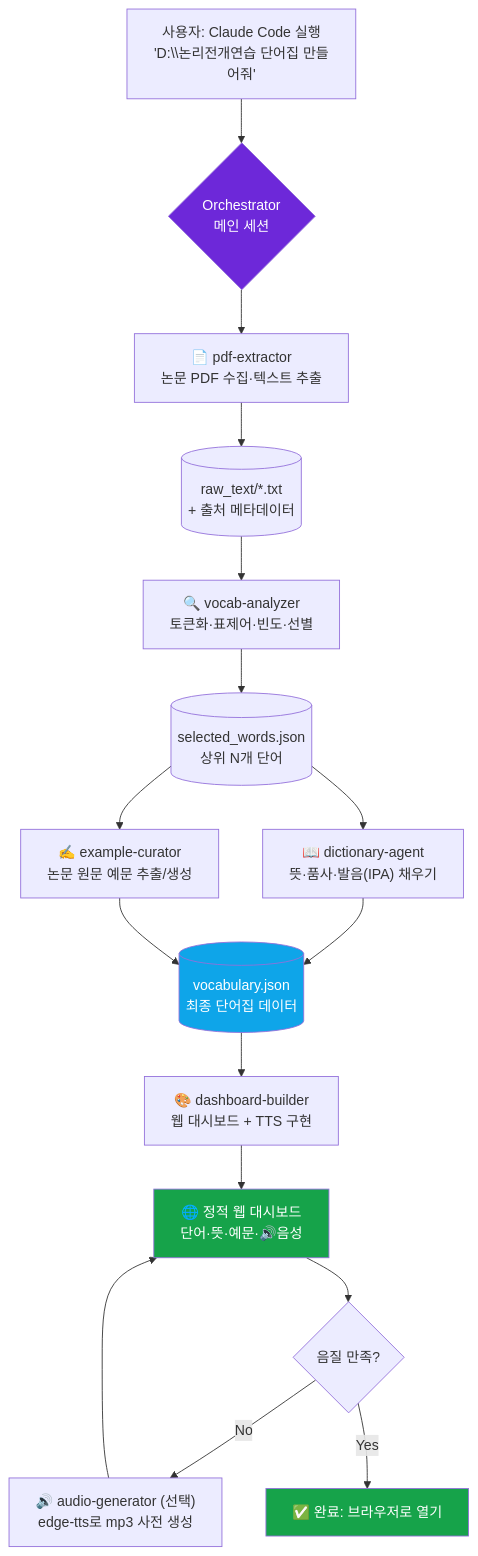
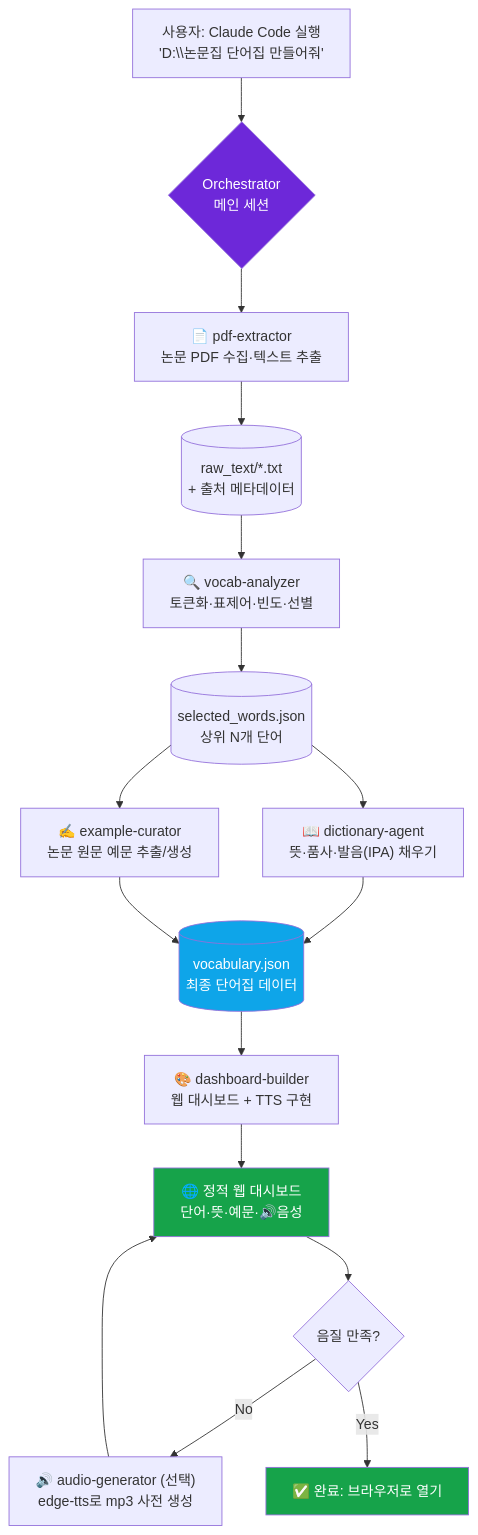
The first of 2 diagrams in 논문단어집_대시보드_기획서.md (jyson12/PaperVoca), drawn with Mermaid before and after one commit. The commit also changed other lines of this file and 9 other files, not shown here.

First line of the commit message:
Rename source PDF folder path: D:\논리전개연습 -> D:\논문집

````diff
--- a/논문단어집_대시보드_기획서.md
+++ b/논문단어집_대시보드_기획서.md
@@ -121,29 +121,29 @@
 ```mermaid
 flowchart TD
-    A["사용자: Claude Code 실행<br/>'D:\\논리전개연습 단어집 만들어줘'"] --> B{Orchestrator<br/>메인 세션}
+    A["사용자: Claude Code 실행<br/>'D:\\논문집 단어집 만들어줘'"] --> B{Orchestrator<br/>메인 세션}
 
     B --> C["📄 pdf-extractor<br/>논문 PDF 수집·텍스트 추출"]
     C --> C1[("raw_text/*.txt<br/>+ 출처 메타데이터")]
 
     C1 --> D["🔍 vocab-analyzer<br/>토큰화·표제어·빈도·선별"]
     D --> D1[("selected_words.json<br/>상위 N개 단어")]
 
     D1 --> E["📖 dictionary-agent<br/>뜻·품사·발음(IPA) 채우기"]
     D1 --> F["✍️ example-curator<br/>논문 원문 예문 추출/생성"]
 
     E --> G[("vocabulary.json<br/>최종 단어집 데이터")]
     F --> G
 
     G --> H["🎨 dashboard-builder<br/>웹 대시보드 + TTS 구현"]
     H --> I["🌐 정적 웹 대시보드<br/>단어·뜻·예문·🔊음성"]
 
     I --> J{음질 만족?}
     J -- "No" --> K["🔊 audio-generator (선택)<br/>edge-tts로 mp3 사전 생성"]
     K --> I
     J -- "Yes" --> L["✅ 완료: 브라우저로 열기"]
 
     style B fill:#6d28d9,color:#fff
     style G fill:#0ea5e9,color:#fff
     style I fill:#16a34a,color:#fff
     style L fill:#16a34a,color:#fff
 ```
````
